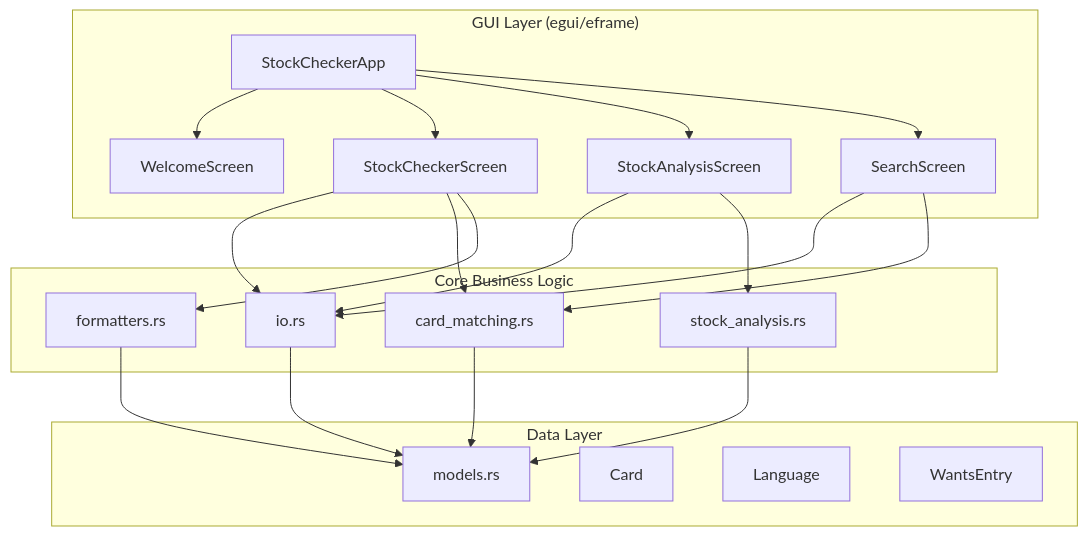
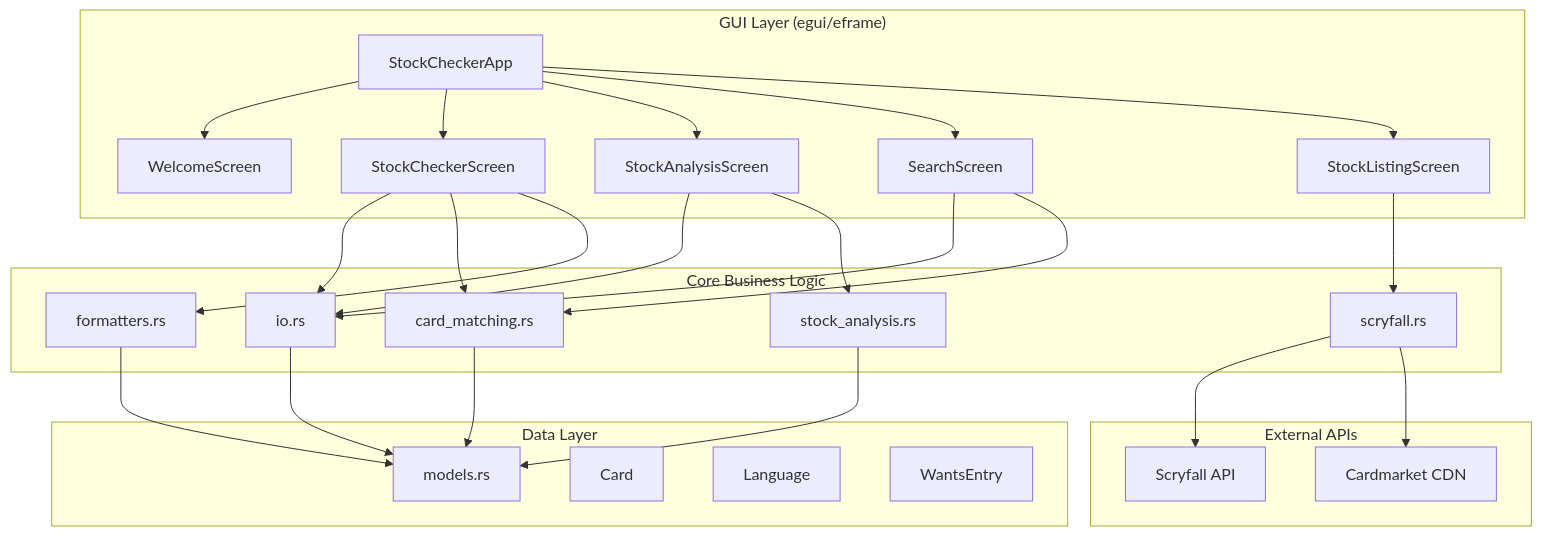
One commit to elheck/d2d_automations changed the first of 5 diagrams in check_stock/README.md. Above: the diagram before and after it, drawn with Mermaid. The commit also changed other lines of this file and 1 other file, not shown here.

````diff
--- a/check_stock/README.md
+++ b/check_stock/README.md
@@ -35,42 +47,54 @@
 ```mermaid
 flowchart TB
     subgraph GUI["GUI Layer (egui/eframe)"]
         App[StockCheckerApp]
         Welcome[WelcomeScreen]
         StockChecker[StockCheckerScreen]
         Analysis[StockAnalysisScreen]
         Search[SearchScreen]
+        Listing[StockListingScreen]
     end
     
     subgraph Core["Core Business Logic"]
         IO[io.rs]
         Matching[card_matching.rs]
         Formatters[formatters.rs]
         StockAnalysis[stock_analysis.rs]
+        Scryfall[scryfall.rs]
     end
     
     subgraph Data["Data Layer"]
         Models[models.rs]
         Card[Card]
         Language[Language]
         WantsEntry[WantsEntry]
     end
     
+    subgraph External["External APIs"]
+        ScryfallAPI[Scryfall API]
+        CardmarketCDN[Cardmarket CDN]
+    end
+    
     App --> Welcome
     App --> StockChecker
     App --> Analysis
     App --> Search
+    App --> Listing
     
     StockChecker --> IO
     StockChecker --> Matching
     StockChecker --> Formatters
     Analysis --> IO
     Analysis --> StockAnalysis
     Search --> IO
     Search --> Matching
+    Listing --> Scryfall
+    
+    Scryfall --> ScryfallAPI
+    Scryfall --> CardmarketCDN
     
     IO --> Models
     Matching --> Models
     Formatters --> Models
     StockAnalysis --> Models
 ```
````
